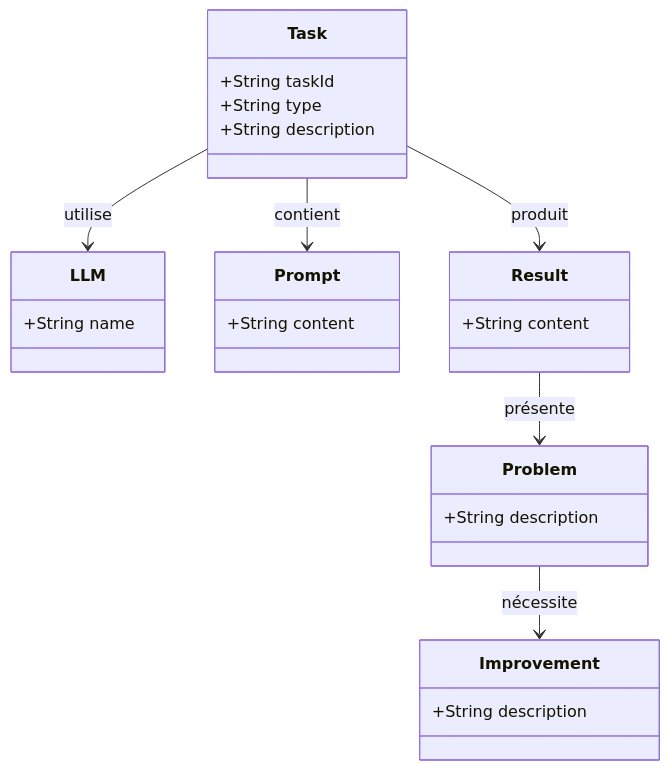
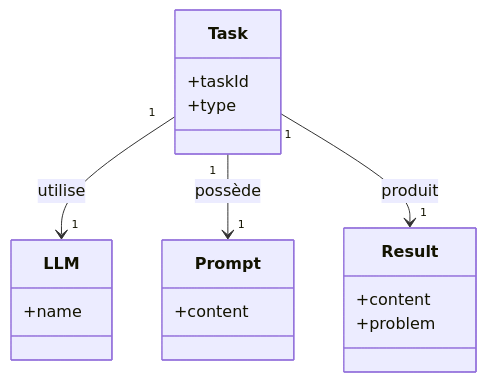
One commit to danilblm/ArtificialInquiries_10.a changed the diagram in diagram_class.md. Above: the diagram before and after it, drawn with Mermaid. The commit also changed other lines of this file, not shown here.

````diff
--- a/diagram_class.md
+++ b/diagram_class.md
@@ -6,35 +3,25 @@
 ```mermaid
 classDiagram
 
+    Task "1" --> "1" LLM : utilise
+    Task "1" --> "1" Prompt : possède
+    Task "1" --> "1" Result : produit
+
     class Task {
-        +String taskId
-        +String type
-        +String description
+        +taskId
+        +type
     }
 
     class LLM {
-        +String name
+        +name
     }
 
     class Prompt {
-        +String content
+        +content
     }
 
     class Result {
-        +String content
+        +content
+        +problem
     }
-
-    class Problem {
-        +String description
-    }
-
-    class Improvement {
-        +String description
-    }
-
-    Task --> LLM : utilise
-    Task --> Prompt : contient
-    Task --> Result : produit
-    Result --> Problem : présente
-    Problem --> Improvement : nécessite
 ```
````
